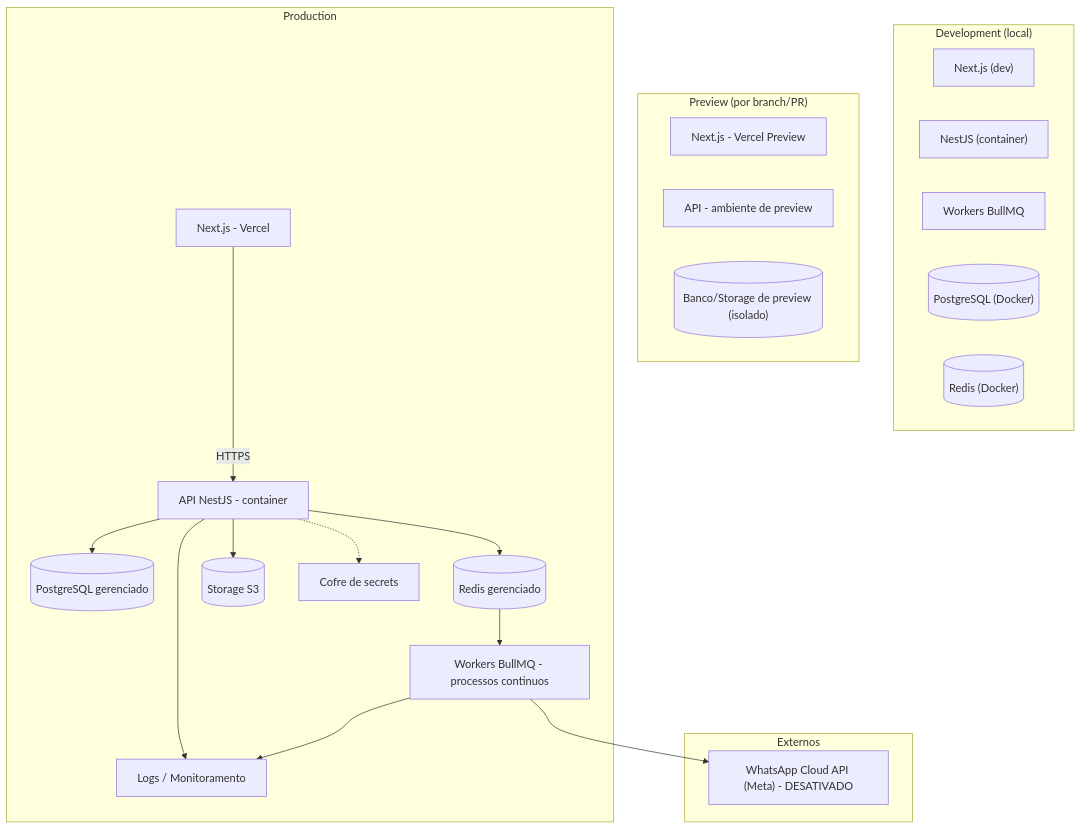
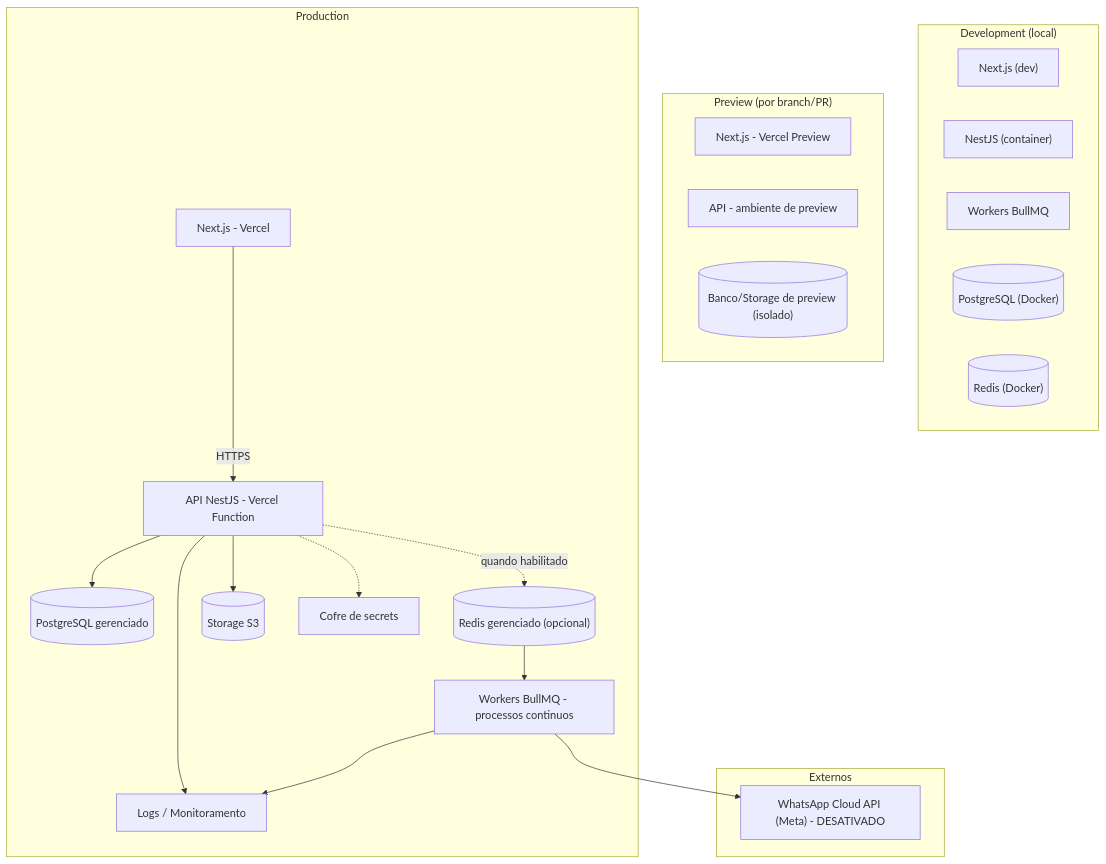
The first of 2 diagrams in docs/architecture/deploy-infraestrutura.md (alexsandrosodre/qualitytest), drawn with Mermaid before and after one commit. The commit also changed other lines of this file and 12 other files, not shown here.

First line of the commit message:
feat(api): adaptar para Vercel Functions (serverless)

````diff
--- a/docs/architecture/deploy-infraestrutura.md
+++ b/docs/architecture/deploy-infraestrutura.md
@@ -96,41 +97,41 @@
 ```mermaid
 flowchart TB
     subgraph Dev["Development (local)"]
         DevWeb["Next.js (dev)"]
         DevAPI["NestJS (container)"]
         DevWorkers["Workers BullMQ"]
         DevPG[("PostgreSQL (Docker)")]
         DevRedis[("Redis (Docker)")]
     end
 
     subgraph Preview["Preview (por branch/PR)"]
         PrevWeb["Next.js - Vercel Preview"]
         PrevAPI["API - ambiente de preview"]
         PrevData[("Banco/Storage de preview (isolado)")]
     end
 
     subgraph Prod["Production"]
         ProdWeb["Next.js - Vercel"]
-        ProdAPI["API NestJS - container"]
+        ProdAPI["API NestJS - Vercel Function"]
         ProdWorkers["Workers BullMQ - processos continuos"]
         ProdPG[("PostgreSQL gerenciado")]
-        ProdRedis[("Redis gerenciado")]
+        ProdRedis[("Redis gerenciado (opcional)")]
         ProdS3[("Storage S3")]
         ProdObs["Logs / Monitoramento"]
         ProdSecrets["Cofre de secrets"]
     end
 
     subgraph Ext["Externos"]
         WA["WhatsApp Cloud API (Meta) - DESATIVADO"]
     end
 
     ProdWeb -->|HTTPS| ProdAPI
     ProdAPI --> ProdPG
-    ProdAPI --> ProdRedis
+    ProdAPI -.->|quando habilitado| ProdRedis
     ProdAPI --> ProdS3
     ProdRedis --> ProdWorkers
     ProdWorkers --> WA
     ProdAPI --> ProdObs
     ProdWorkers --> ProdObs
     ProdAPI -.-> ProdSecrets
 ```
````
